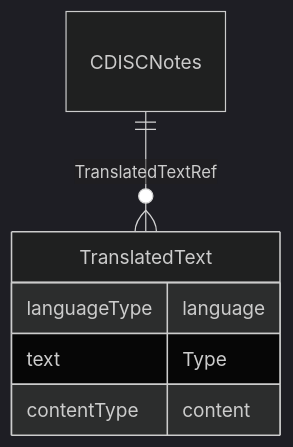
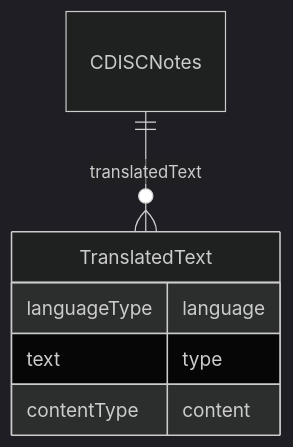
Before and after one commit to cdisc-org/DataExchange-ODM-LinkML: the diagram in docs/CDISCNotes.md, drawn with Mermaid (dark theme). The commit also changed other lines of this file and 759 other files, not shown here.

````diff
--- a/docs/CDISCNotes.md
+++ b/docs/CDISCNotes.md
@@ -11,14 +11,14 @@
 ```mermaid
 erDiagram
 CDISCNotes {
 
 }
 TranslatedText {
     languageType language  
-    text Type  
+    text type  
     contentType content  
 }
 
-CDISCNotes ||--}o TranslatedText : "TranslatedTextRef"
+CDISCNotes ||--}o TranslatedText : "translatedText"
 
 ```
````
